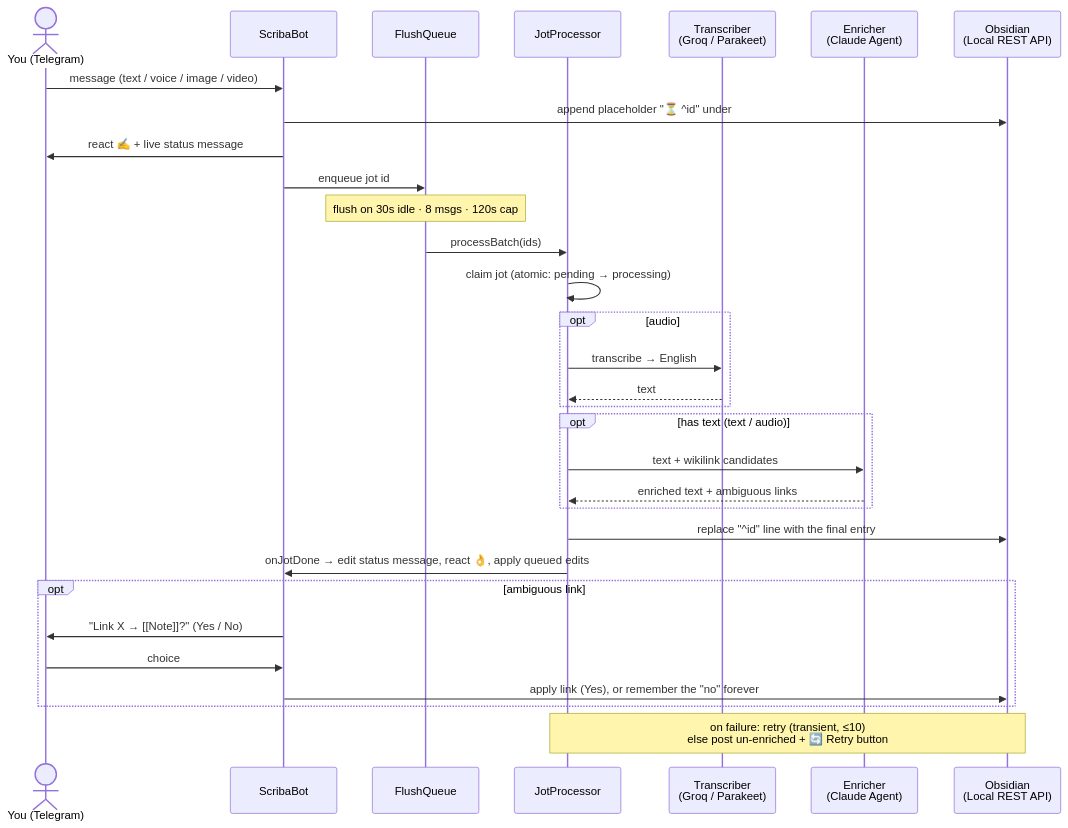
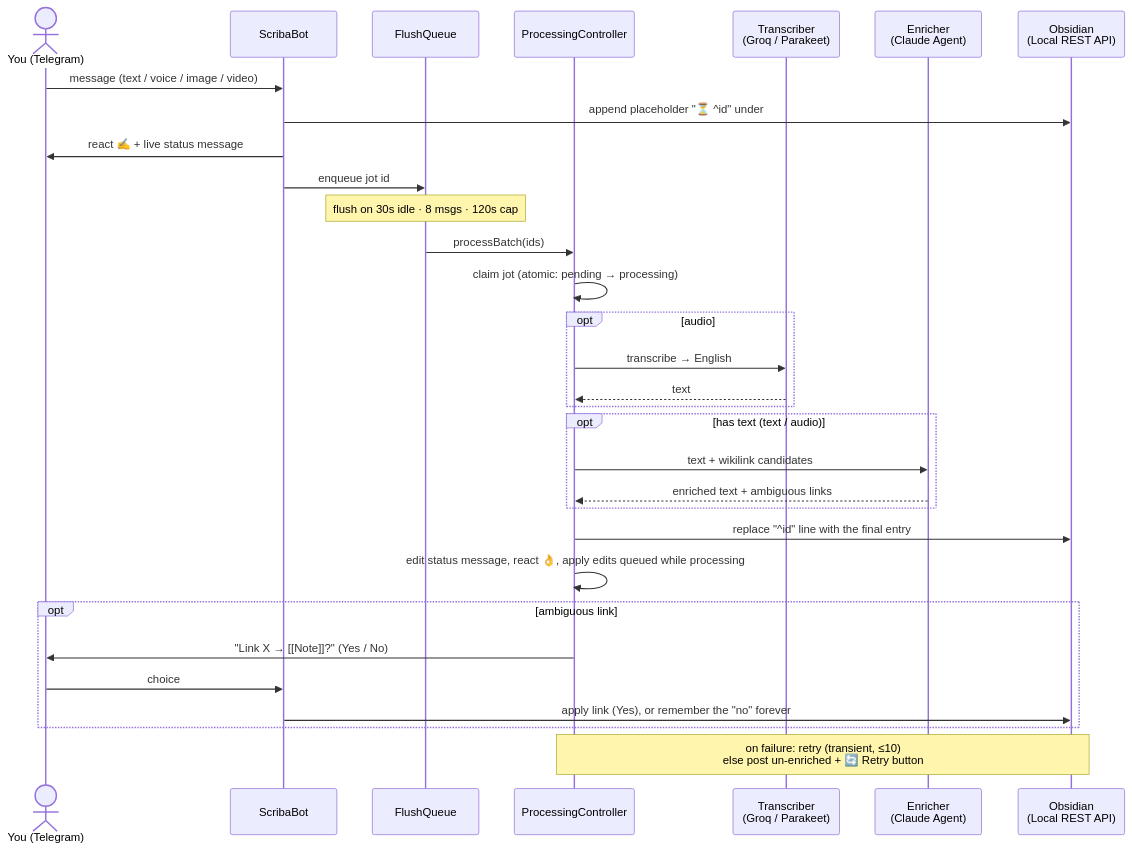
One commit to khaosdoctor/scriba changed the first of 2 diagrams in README.md. Above: the diagram before and after it, drawn with Mermaid. The commit also changed 12 other files, not shown here.

Commit message:
refactor: move processing into a processing controller

````diff
--- a/README.md
+++ b/README.md
@@ -63,37 +63,37 @@
 ```mermaid
 sequenceDiagram
     actor U as You (Telegram)
     participant B as ScribaBot
     participant Q as FlushQueue
-    participant P as JotProcessor
+    participant P as ProcessingController
     participant T as Transcriber<br/>(Groq / Parakeet)
     participant E as Enricher<br/>(Claude Agent)
     participant O as Obsidian<br/>(Local REST API)
 
     U->>B: message (text / voice / image / video)
     B->>O: append placeholder "⏳ ^id" under ## Journal
     B->>U: react ✍ + live status message
     B->>Q: enqueue jot id
     Note over Q: flush on 30s idle · 8 msgs · 120s cap
 
     Q->>P: processBatch(ids)
     P->>P: claim jot (atomic: pending → processing)
     opt audio
         P->>T: transcribe → English
         T-->>P: text
     end
     opt has text (text / audio)
         P->>E: text + wikilink candidates
         E-->>P: enriched text + ambiguous links
     end
     P->>O: replace "^id" line with the final entry
-    P->>B: onJotDone → edit status message, react 👌, apply queued edits
+    P->>P: edit status message, react 👌, apply edits queued while processing
 
     opt ambiguous link
-        B->>U: "Link X → [[Note]]?" (Yes / No)
+        P->>U: "Link X → [[Note]]?" (Yes / No)
         U->>B: choice
         B->>O: apply link (Yes), or remember the "no" forever
     end
 
     Note over P,O: on failure: retry (transient, ≤10)<br/>else post un-enriched + 🔄 Retry button
 ```
````
